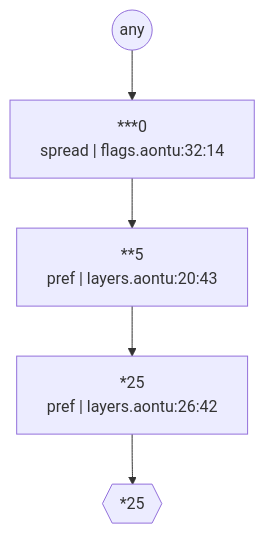
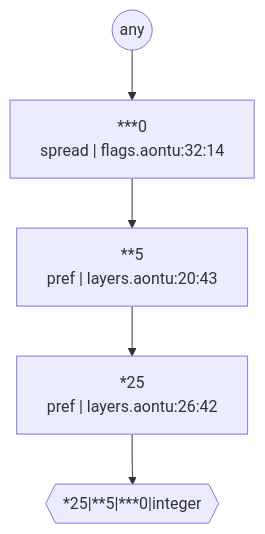
Before and after one commit to aontu-lang/aontu: the diagram in use-cases/08-feature-flags/expected/diagram-ladder.mmd, drawn with Mermaid. The commit also changed 3 other files, not shown here.

```diff
--- a/use-cases/08-feature-flags/expected/diagram-ladder.mmd
+++ b/use-cases/08-feature-flags/expected/diagram-ladder.mmd
@@ -1,10 +1,10 @@
 graph TD
   any(("any"))
   c0["***0<br/>spread | flags.aontu:32:14"]
   c1["**5<br/>pref | layers.aontu:20:43"]
   c2["*25<br/>pref | layers.aontu:26:42"]
-  val{{"*25"}}
+  val{{"*25#124;**5#124;***0#124;integer"}}
   any --> c0
   c0 --> c1
   c1 --> c2
   c2 --> val
```
